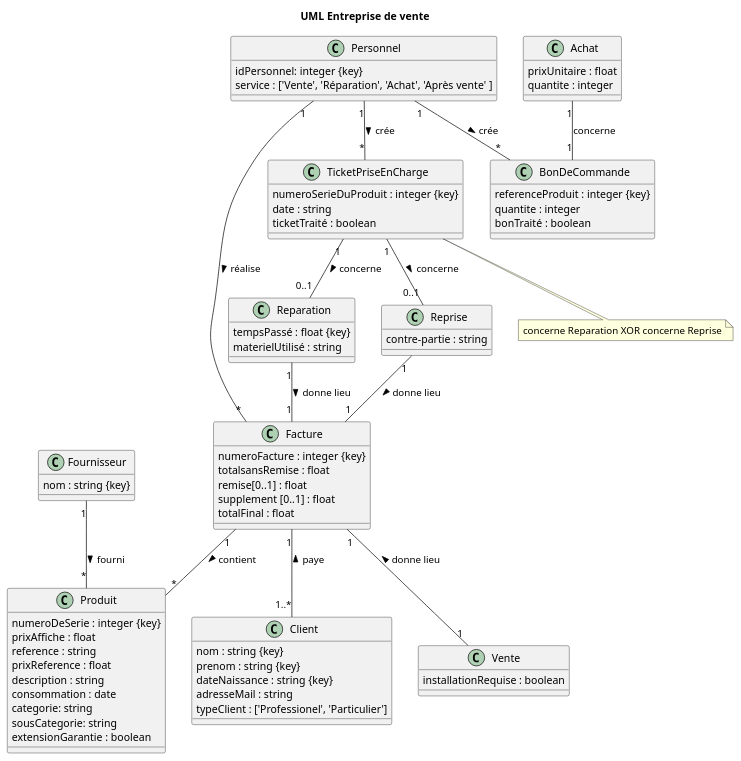
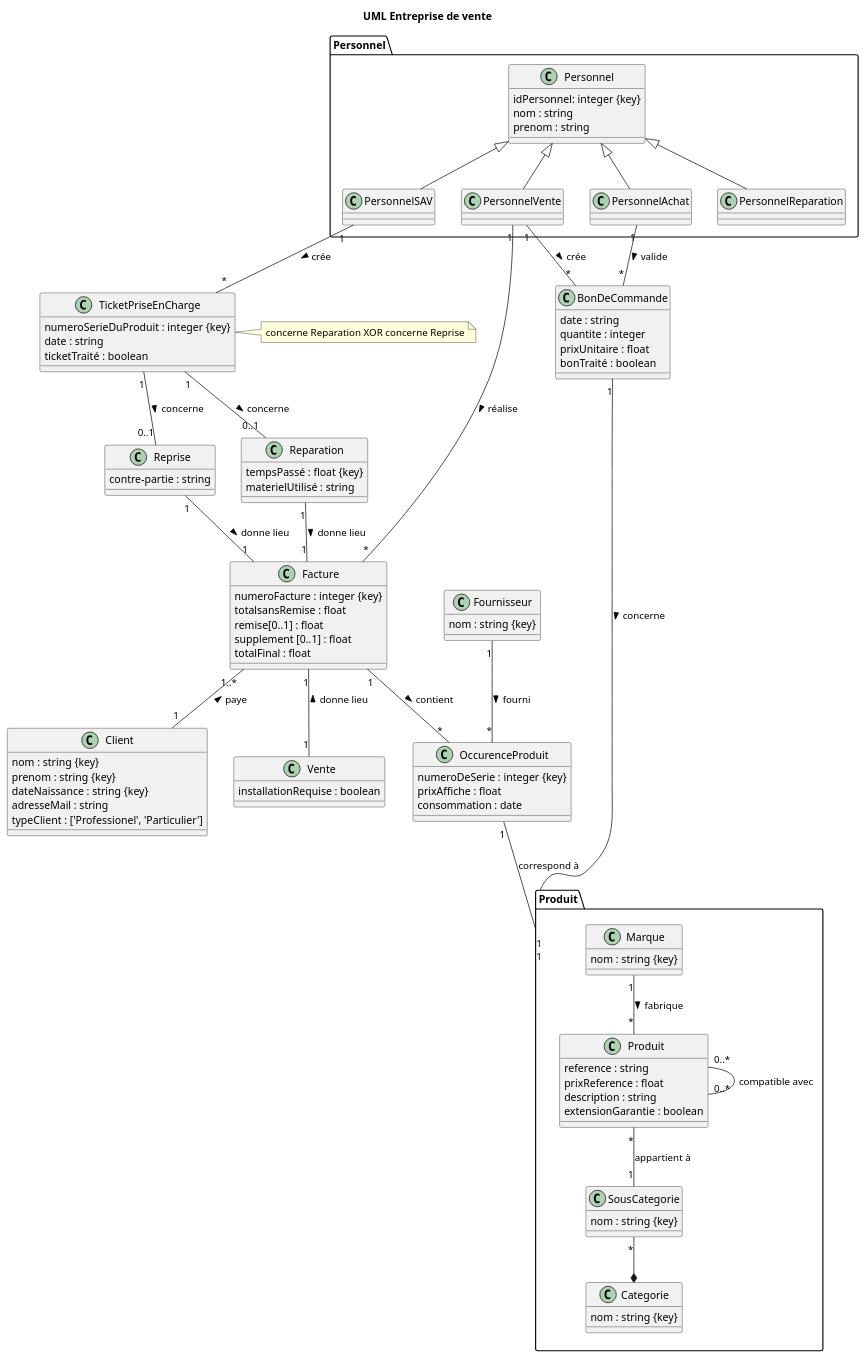
The diagram in MCD.plantuml (mariaidrissi/Entreprise-de-vente), drawn with PlantUML before and after one commit.

Commit message:
Ajout de la classe occurenceProduit, Marque, Categorie, SousCategorie, heritage sur Personnel, composition categorie avec sous categorie, plus hypothese sur facturation et sur client, et ajout des packages NDC.md Update MCD.plantuml

```diff
--- a/MCD.plantuml
+++ b/MCD.plantuml
@@ -1,97 +1,136 @@
 @startuml
 title UML Entreprise de vente
 
+package Produit {
+
+Produit "0..*" --  "0..*" Produit : compatible avec
 class Produit {
-  numeroDeSerie : integer {key}
-  prixAffiche : float
   reference : string
   prixReference : float
   description : string
-  consommation : date
-  categorie: string
-  sousCategorie: string
   extensionGarantie : boolean
 }
+
+Marque "1" -- "*" Produit : fabrique >
+
+class Marque {
+	nom : string {key}
+}
+
+class Categorie {
+	nom : string {key}
+}
+
+class SousCategorie {
+	nom : string {key}
+}
+
+SousCategorie "*" --* Categorie
+Produit  "*" -- "1" SousCategorie : appartient à
+
+}
+
+class OccurenceProduit {
+  numeroDeSerie : integer {key}
+  prixAffiche : float
+  consommation : date
+}
+
+OccurenceProduit  "1" -- "1" Produit : correspond à
 
 class Fournisseur {
 	nom : string {key}
 }
 
-Fournisseur "1" -- "*" Produit : fourni >
-
+Fournisseur "1" -- "*" OccurenceProduit : fourni >
 
 class Facture {
   numeroFacture : integer {key}
   totalsansRemise : float 
   remise[0..1] : float
   supplement [0..1] : float
   totalFinal : float
 }
 
 
 class Client { 
   nom : string {key}
   prenom : string {key}
   dateNaissance : string {key}
   adresseMail : string
   typeClient : ['Professionel', 'Particulier']
 }
-Facture "1" -- "1..*" Client : paye <
+Facture "1..*" -- "1" Client : paye <
 
-Facture "1" -- "*" Produit : contient >
+Facture "1" -- "*" OccurenceProduit : contient >
 
+
+package Personnel {
+  
 class Personnel {
   idPersonnel: integer {key}
-  service : ['Vente', 'Réparation', 'Achat', 'Après vente' ]
+  nom : string 
+  prenom : string 
 }
 
+class PersonnelAchat{
+}
 
-Personnel "1" -- "*" Facture : réalise >
-Personnel "1" -- "*" TicketPriseEnCharge : crée >
-Personnel "1" -- "*" BonDeCommande : crée >
+class PersonnelVente{
+}
+
+class PersonnelSAV{
+}
+
+class PersonnelReparation{
+}
+
+Personnel <|-- PersonnelAchat
+Personnel <|-- PersonnelVente
+Personnel <|-- PersonnelReparation
+Personnel <|-- PersonnelSAV
+}
+
+PersonnelVente "1" -- "*" Facture : réalise >
+PersonnelSAV "1" -- "*" TicketPriseEnCharge : crée >
+PersonnelAchat "1" -- "*" BonDeCommande : valide >
+PersonnelVente "1" -- "*" BonDeCommande : crée >
 
 class TicketPriseEnCharge {
   numeroSerieDuProduit : integer {key}
   date : string 
   ticketTraité : boolean
 }
 
 class BonDeCommande {
-  referenceProduit : integer {key}
+  date : string
   quantite : integer
+  prixUnitaire : float
   bonTraité : boolean
 }
 
-
-Achat "1" -- "1" BonDeCommande : concerne 
-
-class Achat {
-  prixUnitaire : float
-  quantite : integer
-}
+BonDeCommande "1" -- "1" Produit: concerne >
 
 class Reparation  {
   tempsPassé : float {key}
   materielUtilisé : string
 }
 
 class Reprise  {
   contre-partie : string
 }
 
 
-note bottom of TicketPriseEnCharge
+note right of TicketPriseEnCharge
     concerne Reparation XOR concerne Reprise
 end note
 TicketPriseEnCharge "1" -- "0..1" Reparation : concerne >
 Reparation "1" -- "1" Facture : donne lieu >
 TicketPriseEnCharge "1" -- "0..1" Reprise : concerne >
 Reprise "1" -- "1" Facture : donne lieu >
 
 Facture "1" -- "1" Vente : donne lieu <
 class Vente  {
   installationRequise : boolean 
 }
-
-
 @enduml
```
